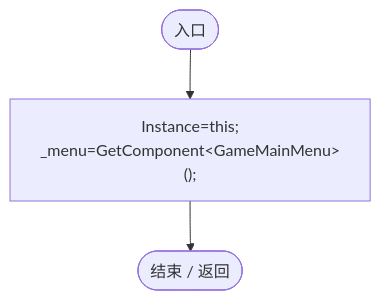
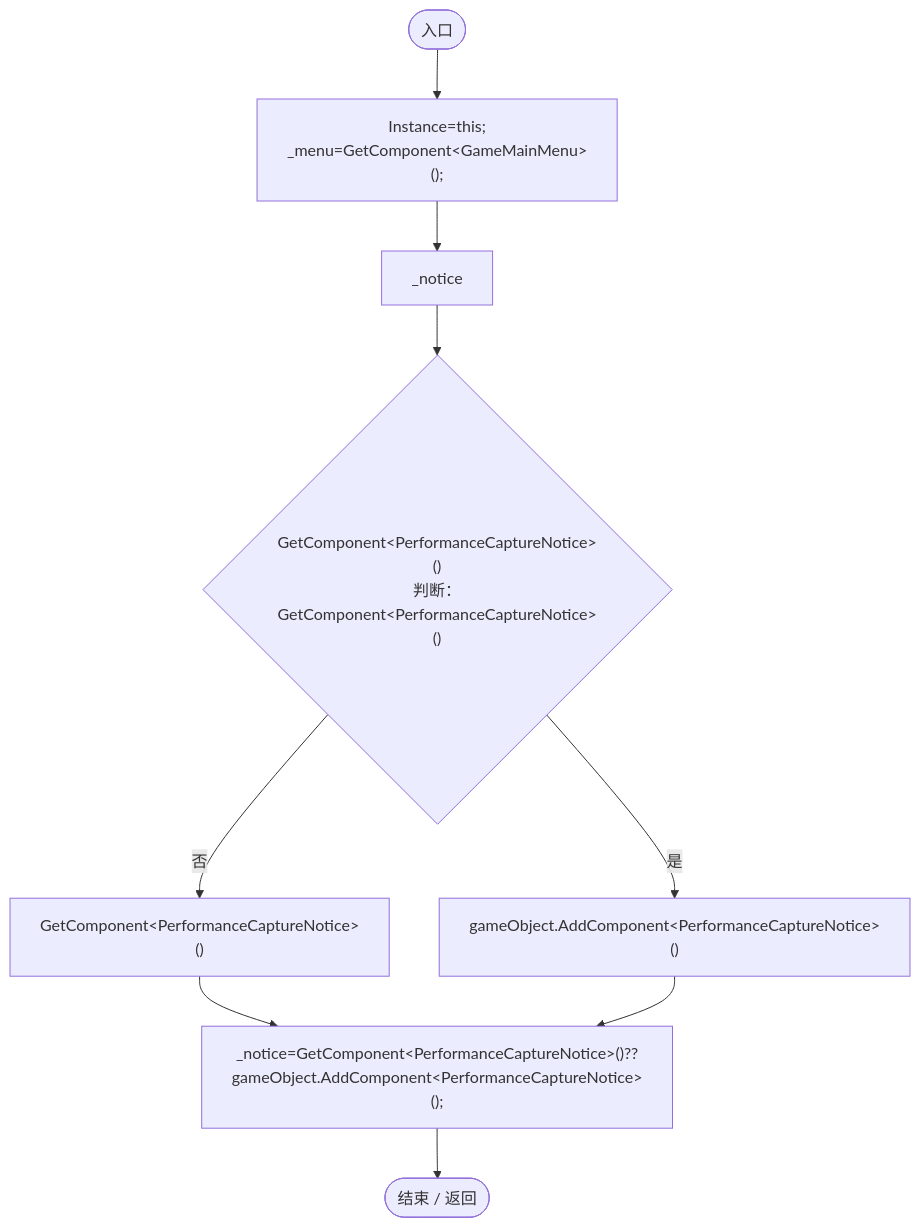
Before and after one commit to xhs6666/Darwin_paradise: the seventh of 14 diagrams in Docs/运行流程图/脚本/8709e073518085cd.md, drawn with Mermaid. The commit also changed other lines of this file and 212 other files, not shown here.

````diff
--- a/Docs/运行流程图/脚本/8709e073518085cd.md
+++ b/Docs/运行流程图/脚本/8709e073518085cd.md
@@ -139,9 +139,20 @@
 ```mermaid
 flowchart TD
   b0(["入口"])
   b1["Instance=this;<br/>_menu=GetComponent&lt;GameMainMenu&gt;();"]
-  b2(["结束 / 返回"])
+  b2["_notice"]
+  b3{"GetComponent&lt;PerformanceCaptureNotice&gt;()<br/>判断：GetComponent&lt;PerformanceCaptureNotice&gt;()"}
+  b4["GetComponent&lt;PerformanceCaptureNotice&gt;()"]
+  b5["gameObject.AddComponent&lt;PerformanceCaptureNotice&gt;()"]
+  b6["_notice=GetComponent&lt;PerformanceCaptureNotice&gt;()??gameObject.AddComponent&lt;PerformanceCaptureNotice&gt;();"]
+  b7(["结束 / 返回"])
   b0 --> b1
   b1 --> b2
+  b2 --> b3
+  b3 -->|"否"| b4
+  b3 -->|"是"| b5
+  b4 --> b6
+  b5 --> b6
+  b6 --> b7
 
 ```
````
